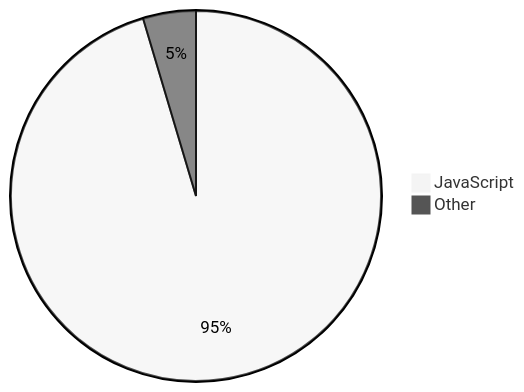
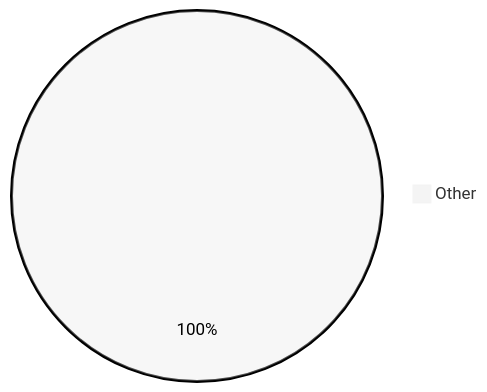
The diagram in README.md (Alicia111/alicia111), drawn with Mermaid (neutral theme) before and after one commit.

Commit message:
Update WakaTime stats (・ω・)b

````diff
--- a/README.md
+++ b/README.md
@@ -32,5 +32,4 @@
 ```mermaid
 pie
-    "JavaScript" : 95.39
-    "Other" : 4.61
+    "Other" : 100.0
 ```
````
